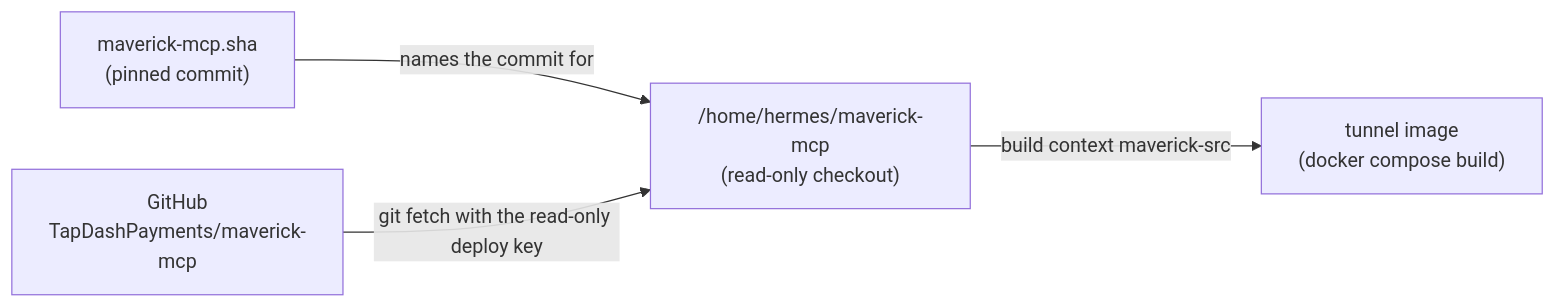
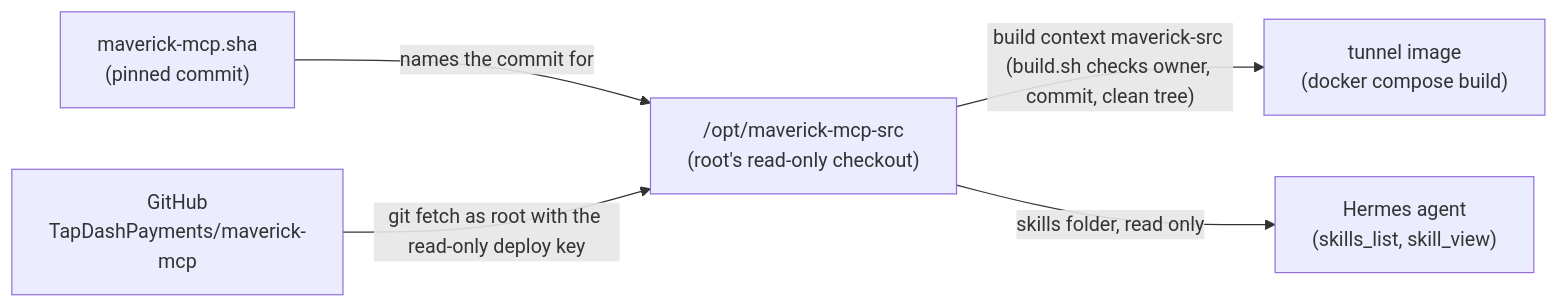
One commit to TapDashPayments/TapDash-Agents changed the diagram in durable-park/docs/gateway-setup.md. Above: the diagram before and after it, drawn with Mermaid. The commit also changed other lines of this file and 10 other files, not shown here.

First line of the commit message:
fix: root-owned Maverick source; review findings

````diff
--- a/durable-park/docs/gateway-setup.md
+++ b/durable-park/docs/gateway-setup.md
@@ -41,6 +44,7 @@
 ```mermaid
 flowchart LR
-  sha["maverick-mcp.sha<br/>(pinned commit)"] -->|"names the commit for"| co["/home/hermes/maverick-mcp<br/>(read-only checkout)"]
-  gh["GitHub<br/>TapDashPayments/maverick-mcp"] -->|"git fetch with the read-only deploy key"| co
-  co -->|"build context maverick-src"| img["tunnel image<br/>(docker compose build)"]
+  sha["maverick-mcp.sha<br/>(pinned commit)"] -->|"names the commit for"| co["/opt/maverick-mcp-src<br/>(root's read-only checkout)"]
+  gh["GitHub<br/>TapDashPayments/maverick-mcp"] -->|"git fetch as root with the read-only deploy key"| co
+  co -->|"build context maverick-src (build.sh checks owner, commit, clean tree)"| img["tunnel image<br/>(docker compose build)"]
+  co -->|"skills folder, read only"| hermes["Hermes agent<br/>(skills_list, skill_view)"]
 ```
````
